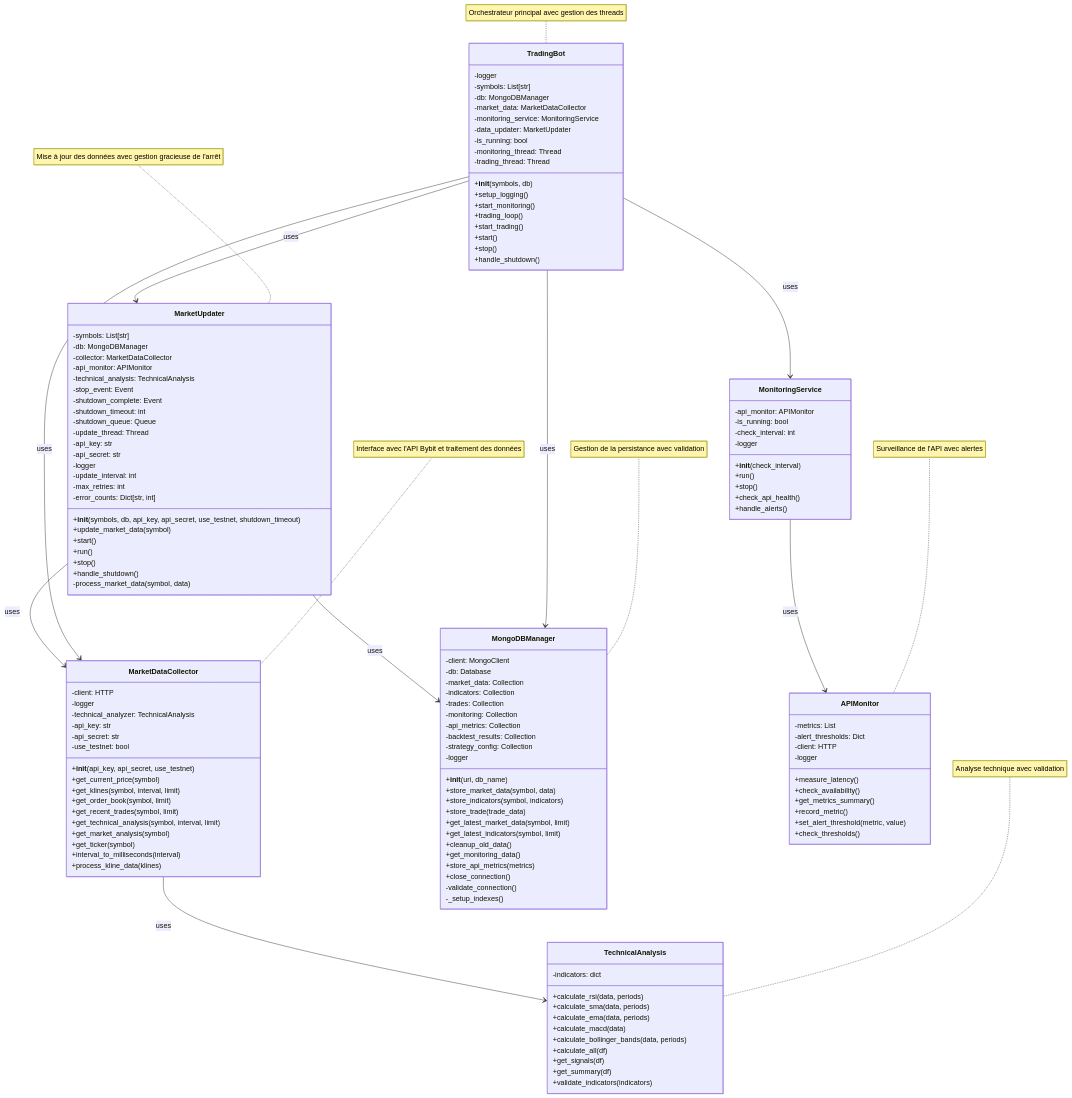
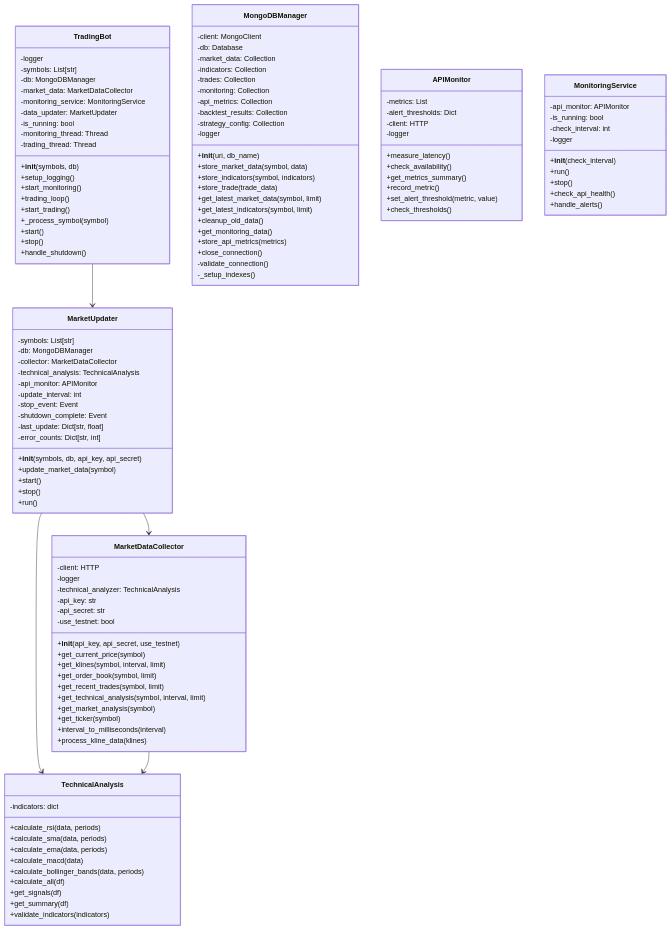
One commit to kayi2215/bybit changed the first of 2 diagrams in architecture.md. Above: the diagram before and after it, drawn with Mermaid. The commit also changed other lines of this file and 5 other files, not shown here.

````diff
--- a/architecture.md
+++ b/architecture.md
@@ -19,9 +19,28 @@
         +start_monitoring()
         +trading_loop()
         +start_trading()
+        +_process_symbol(symbol)
         +start()
         +stop()
         +handle_shutdown()
+    }
+
+    class MarketUpdater {
+        -symbols: List[str]
+        -db: MongoDBManager
+        -collector: MarketDataCollector
+        -technical_analysis: TechnicalAnalysis
+        -api_monitor: APIMonitor
+        -update_interval: int
+        -stop_event: Event
+        -shutdown_complete: Event
+        -last_update: Dict[str, float]
+        -error_counts: Dict[str, int]
+        +__init__(symbols, db, api_key, api_secret)
+        +update_market_data(symbol)
+        +start()
+        +stop()
+        +run()
     }
 
     class MarketDataCollector {
@@ -55,6 +74,11 @@
         +get_summary(df)
         +validate_indicators(indicators)
     }
+
+    TradingBot --> MarketUpdater
+    MarketUpdater --> MarketDataCollector
+    MarketUpdater --> TechnicalAnalysis
+    MarketDataCollector --> TechnicalAnalysis
 
     class MongoDBManager {
         -client: MongoClient
@@ -105,46 +129,4 @@
         +check_api_health()
         +handle_alerts()
     }
-
-    class MarketUpdater {
-        -symbols: List[str]
-        -db: MongoDBManager
-        -collector: MarketDataCollector
-        -api_monitor: APIMonitor
-        -technical_analysis: TechnicalAnalysis
-        -stop_event: Event
-        -shutdown_complete: Event
-        -shutdown_timeout: int
-        -shutdown_queue: Queue
-        -update_thread: Thread
-        -api_key: str
-        -api_secret: str
-        -logger
-        -update_interval: int
-        -max_retries: int
-        -error_counts: Dict[str, int]
-        +__init__(symbols, db, api_key, api_secret, use_testnet, shutdown_timeout)
-        +update_market_data(symbol)
-        +start()
-        +run()
-        +stop()
-        +handle_shutdown()
-        -process_market_data(symbol, data)
-    }
-
-    TradingBot --> MarketDataCollector : uses
-    TradingBot --> MongoDBManager : uses
-    TradingBot --> MonitoringService : uses
-    TradingBot --> MarketUpdater : uses
-    MarketDataCollector --> TechnicalAnalysis : uses
-    MonitoringService --> APIMonitor : uses
-    MarketUpdater --> MarketDataCollector : uses
-    MarketUpdater --> MongoDBManager : uses
-
-    note for TradingBot "Orchestrateur principal avec gestion des threads"
-    note for MarketDataCollector "Interface avec l'API Bybit et traitement des données"
-    note for MongoDBManager "Gestion de la persistance avec validation"
-    note for TechnicalAnalysis "Analyse technique avec validation"
-    note for APIMonitor "Surveillance de l'API avec alertes"
-    note for MarketUpdater "Mise à jour des données avec gestion gracieuse de l'arrêt"
 ```
````
